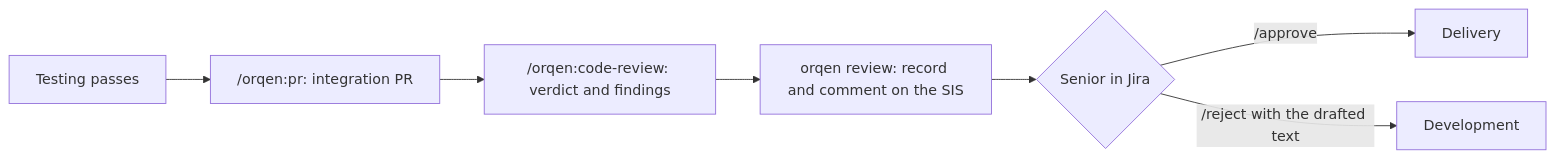
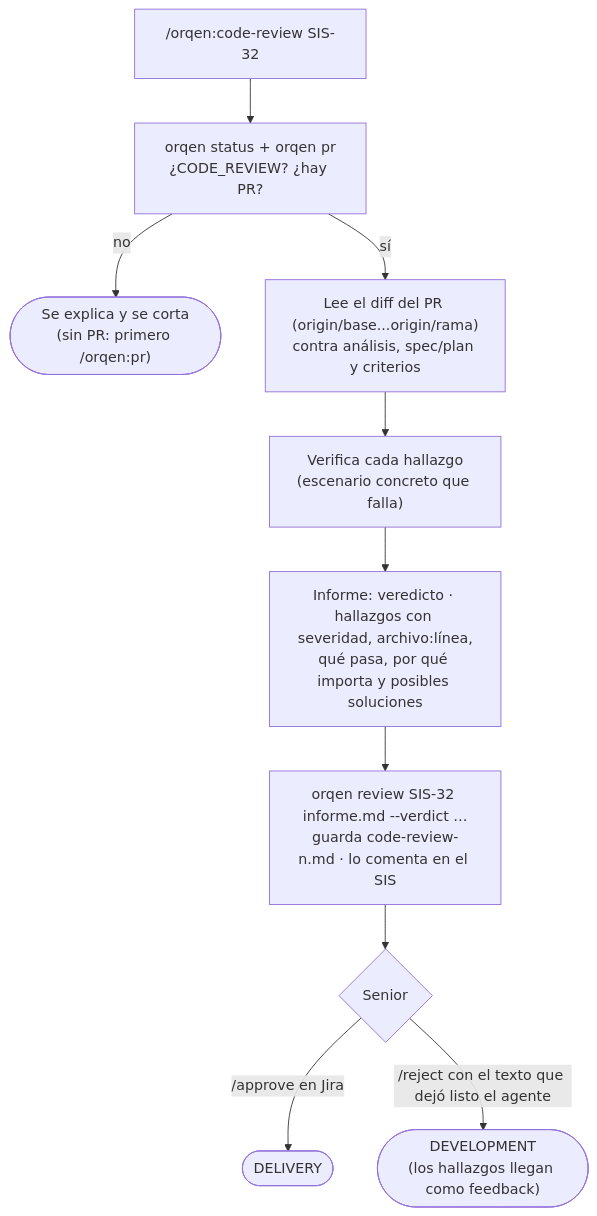
Before and after one commit to sistemas-telpin/orqen: the fifth of 6 diagrams in README.md, drawn with Mermaid. The commit also changed other lines of this file, not shown here.

First line of the commit message:
README en español con todos los pasos del proceso

````diff
--- a/README.md
+++ b/README.md
@@ -122,9 +162,12 @@
 ```mermaid
-flowchart LR
-    T["Testing passes"] --> P["/orqen:pr: integration PR"]
-    P --> CR["/orqen:code-review: verdict and findings"]
-    CR --> RV["orqen review: record and comment on the SIS"]
-    RV --> S{"Senior in Jira"}
-    S -->|"/approve"| D["Delivery"]
-    S -->|"/reject with the drafted text"| DEV["Development"]
+flowchart TD
+    A["/orqen:code-review SIS-32"] --> B["orqen status + orqen pr<br/>¿CODE_REVIEW? ¿hay PR?"]
+    B -->|"no"| X(["Se explica y se corta<br/>(sin PR: primero /orqen:pr)"])
+    B -->|"sí"| C["Lee el diff del PR (origin/base...origin/rama)<br/>contra análisis, spec/plan y criterios"]
+    C --> D["Verifica cada hallazgo<br/>(escenario concreto que falla)"]
+    D --> E["Informe: veredicto · hallazgos con severidad, archivo:línea,<br/>qué pasa, por qué importa y posibles soluciones"]
+    E --> R["orqen review SIS-32 informe.md --verdict …<br/>guarda code-review-n.md · lo comenta en el SIS"]
+    R --> F{"Senior"}
+    F -->|"/approve en Jira"| G(["DELIVERY"])
+    F -->|"/reject con el texto que dejó listo el agente"| H(["DEVELOPMENT<br/>(los hallazgos llegan como feedback)"])
 ```
````
